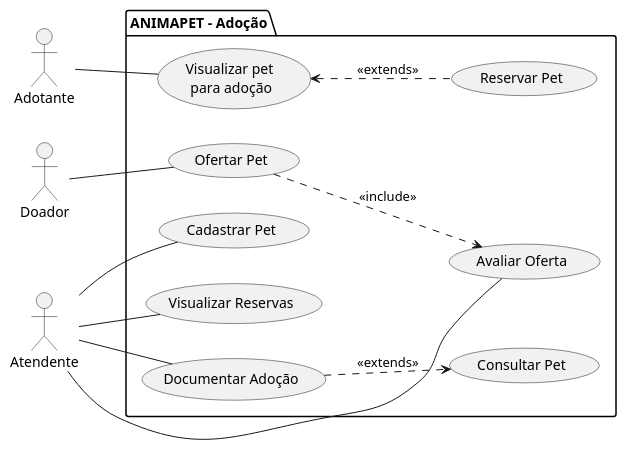
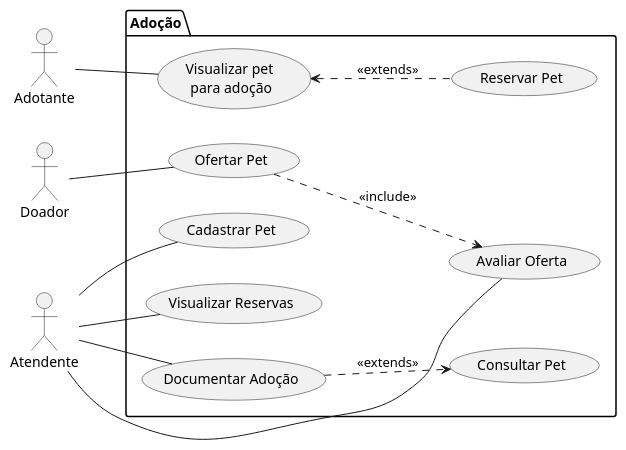
Before and after one commit to andrelquiosi/ANIMAPET: the diagram in src/Casos de Uso animapet/ContextoAdocao.puml, drawn with PlantUML. The commit also changed 9 other files, not shown here.

```diff
--- a/src/Casos de Uso animapet/ContextoAdocao.puml
+++ b/src/Casos de Uso animapet/ContextoAdocao.puml
@@ -1,43 +1,43 @@
 @startuml adocao
 
 left to right direction
 
 actor "Adotante" as adotante
 actor "Doador" as doador
 actor "Atendente" as atendente
 
 
-package "ANIMAPET - Adoção" {
+package "Adoção" {
 
     usecase "Visualizar pet \npara adoção" as visualizar
     usecase "Reservar Pet" as reservar
     usecase "Ofertar Pet" as ofertar
 
     usecase "Avaliar Oferta" as avaliar_oferta
     usecase "Documentar Adoção" as documentar
     usecase "Cadastrar Pet" as cadatro_pet
     usecase "Visualizar Reservas" as visualizar_reservas
     usecase "Consultar Pet" as consultar
 
 
     visualizar <.. reservar : << extends >>
     documentar ..> consultar : << extends >>
     ofertar ..> avaliar_oferta : << include >>
 
     
 
 
 }
 
 adotante -- visualizar
 doador -- ofertar
 atendente -up- avaliar_oferta
 atendente -do- cadatro_pet
 atendente -down- documentar
 atendente -down- visualizar_reservas
 
 
 
 
 
 @enduml
```
